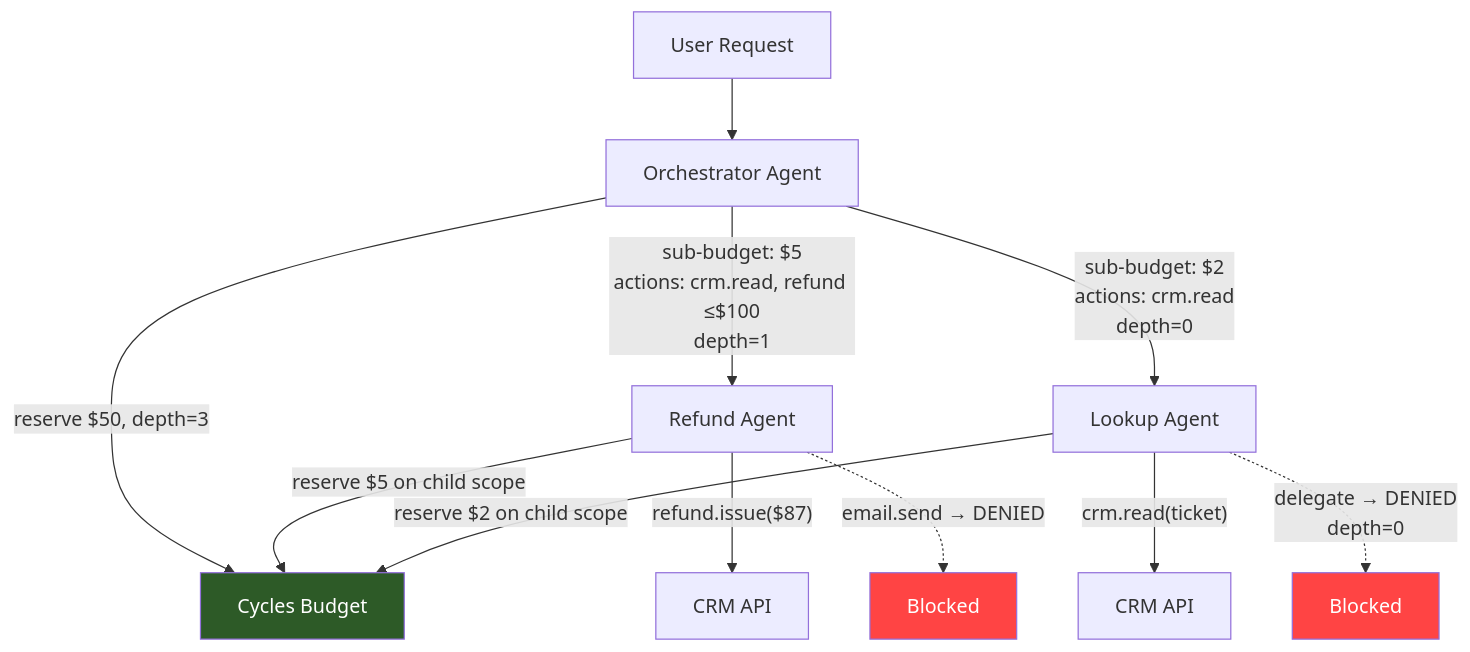
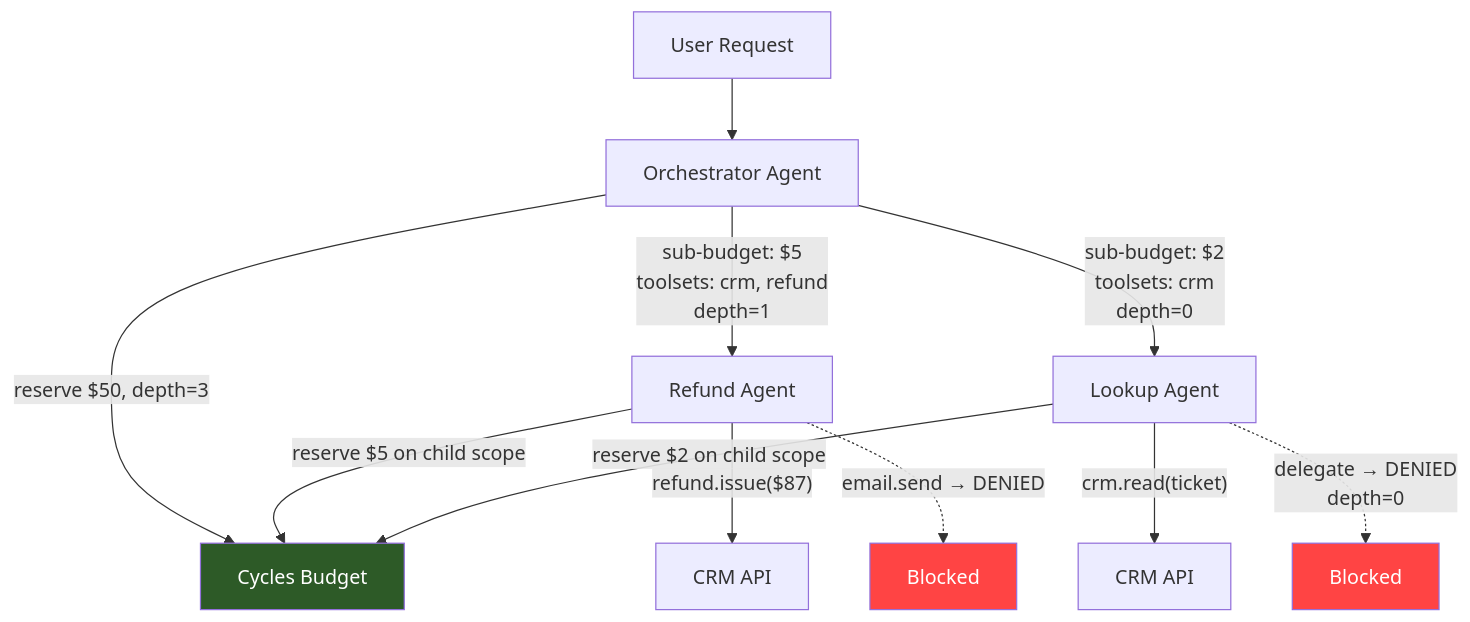
Before and after one commit to runcycles/docs: the diagram in blog/agent-delegation-chains-authority-attenuation-not-trust-propagation.md, drawn with Mermaid. The commit also changed other lines of this file, not shown here.

````diff
--- a/blog/agent-delegation-chains-authority-attenuation-not-trust-propagation.md
+++ b/blog/agent-delegation-chains-authority-attenuation-not-trust-propagation.md
@@ -136,21 +142,21 @@
 ```mermaid
 flowchart TD
     U[User Request] --> O[Orchestrator Agent]
     O -->|"reserve $50, depth=3"| CB[Cycles Budget]
 
-    O -->|"sub-budget: $5<br/>actions: crm.read, refund ≤$100<br/>depth=1"| RA[Refund Agent]
-    O -->|"sub-budget: $2<br/>actions: crm.read<br/>depth=0"| LA[Lookup Agent]
+    O -->|"sub-budget: $5<br/>toolsets: crm, refund<br/>depth=1"| RA[Refund Agent]
+    O -->|"sub-budget: $2<br/>toolsets: crm<br/>depth=0"| LA[Lookup Agent]
 
     RA -->|"reserve $5 on child scope"| CB
     LA -->|"reserve $2 on child scope"| CB
 
     RA -->|"refund.issue($87)"| T1[CRM API]
     LA -->|"crm.read(ticket)"| T2[CRM API]
 
     RA -.->|"email.send → DENIED"| X1[Blocked]
     LA -.->|"delegate → DENIED<br/>depth=0"| X2[Blocked]
 
     style X1 fill:#ff4444,color:#fff
     style X2 fill:#ff4444,color:#fff
     style CB fill:#2d5a27,color:#fff
 ```
````
